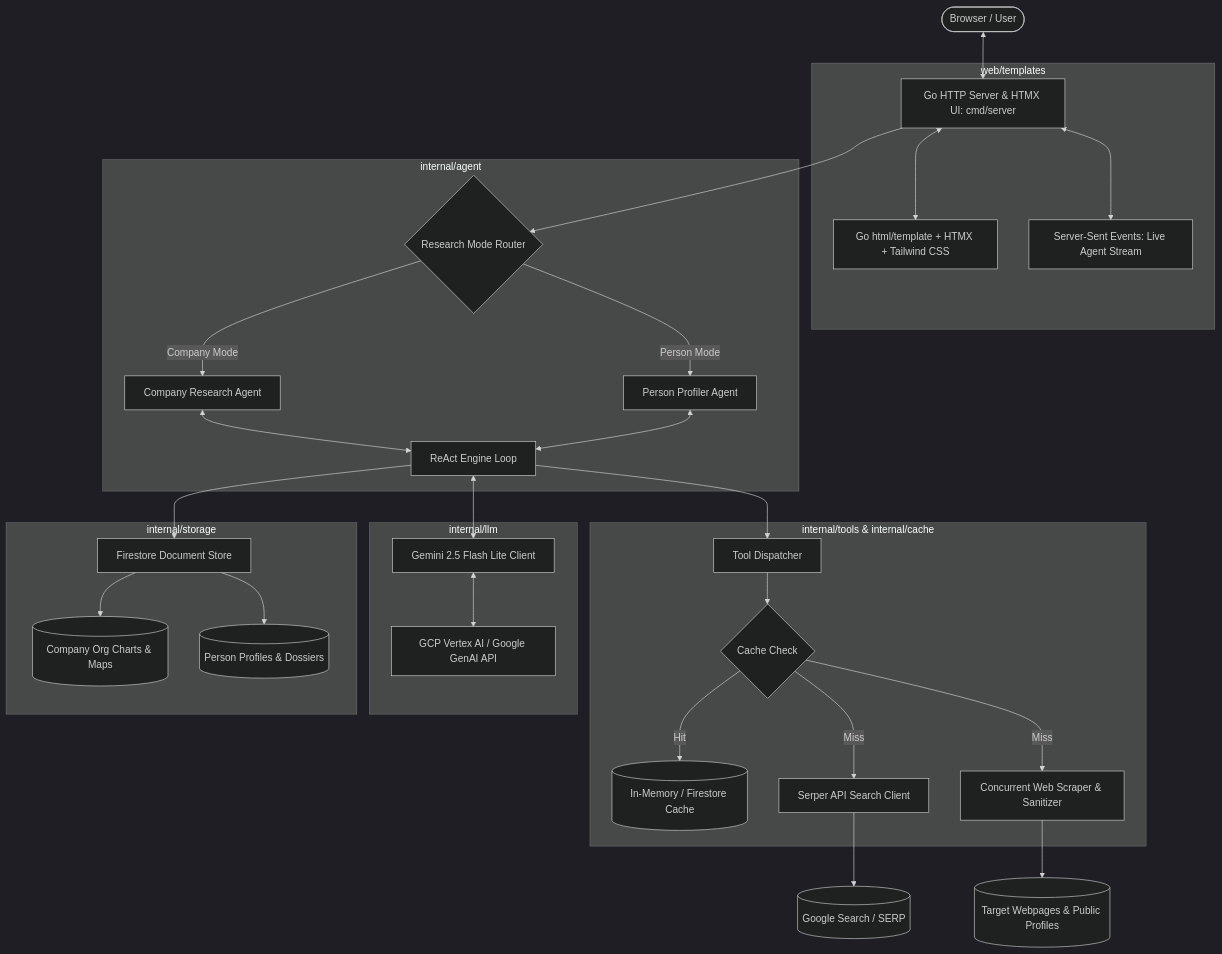
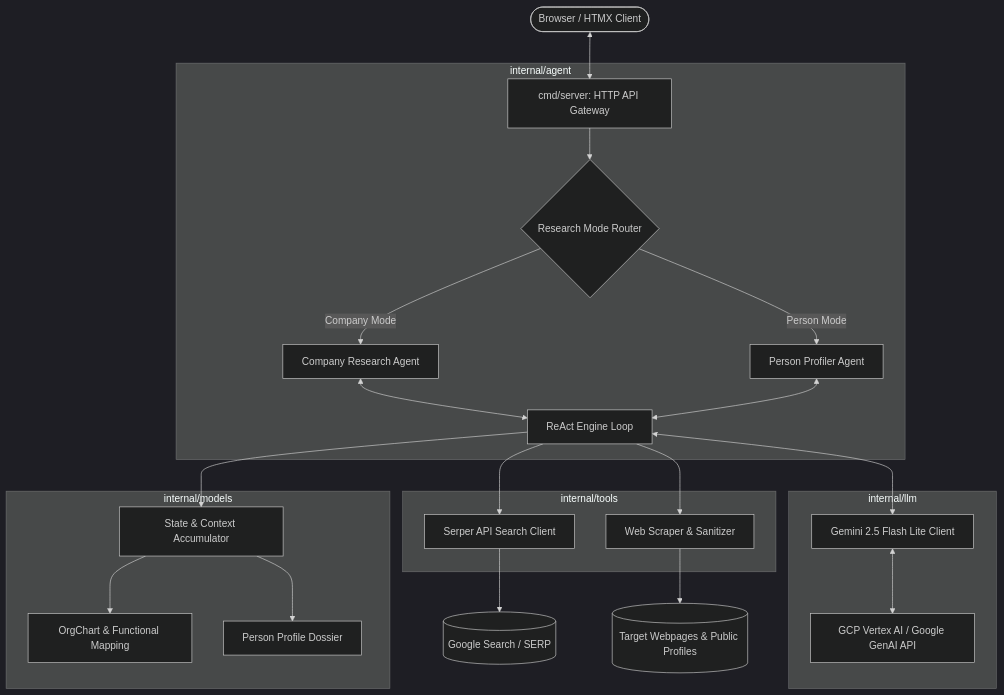
Before and after one commit to amitgupta1000/WebSearch_GO: the diagram in DESIGN.md, drawn with Mermaid (dark theme). The commit also changed other lines of this file and 35 other files, not shown here.

````diff
--- a/DESIGN.md
+++ b/DESIGN.md
@@ -13,40 +13,32 @@
 ```mermaid
 flowchart TD
-    User([Browser / User]) <--> UI[Go HTTP Server & HTMX UI: cmd/server]
+    User([Browser / HTMX Client]) <--> EntryPoint[cmd/server: HTTP API Gateway]
     
-    subgraph Frontend & Transport [web/templates]
-        UI <--> HTMX[Go html/template + HTMX + Tailwind CSS]
-        UI <--> SSE[Server-Sent Events: Live Agent Stream]
-    end
-
     subgraph Agentic Orchestration Layer [internal/agent]
-        UI --> ModeRouter{Research Mode Router}
+        EntryPoint --> ModeRouter{Research Mode Router}
         ModeRouter -->|Company Mode| CompAgent[Company Research Agent]
         ModeRouter -->|Person Mode| PersonAgent[Person Profiler Agent]
         
         CompAgent <--> Engine[ReAct Engine Loop]
         PersonAgent <--> Engine
     end
 
-    subgraph Tooling & Caching Layer [internal/tools & internal/cache]
-        Engine --> ToolRegistry[Tool Dispatcher]
-        ToolRegistry --> CacheLayer{Cache Check}
-        CacheLayer -->|Hit| CachedData[(In-Memory / Firestore Cache)]
-        CacheLayer -->|Miss| SerperTool[Serper API Search Client]
-        CacheLayer -->|Miss| ScraperTool[Concurrent Web Scraper & Sanitizer]
+    subgraph Tooling & Ingestion Layer [internal/tools]
+        Engine --> SerperTool[Serper API Search Client]
+        Engine --> ScraperTool[Web Scraper & Sanitizer]
     end
 
     subgraph LLM & Intelligence Layer [internal/llm]
         Engine <--> GeminiClient[Gemini 2.5 Flash Lite Client]
         GeminiClient <--> VertexAI[GCP Vertex AI / Google GenAI API]
     end
 
-    subgraph Data Persistence [internal/storage]
-        Engine --> Storage[Firestore Document Store]
-        Storage --> OutOrg[(Company Org Charts & Maps)]
-        Storage --> OutDossier[(Person Profiles & Dossiers)]
+    subgraph Data Models & State [internal/models]
+        Engine --> StateMgr[State & Context Accumulator]
+        StateMgr --> OutOrg[OrgChart & Functional Mapping]
+        StateMgr --> OutDossier[Person Profile Dossier]
     end
 
     SerperTool --> ExternalWeb[(Google Search / SERP)]
     ScraperTool --> ExternalSites[(Target Webpages & Public Profiles)]
 ```
````
